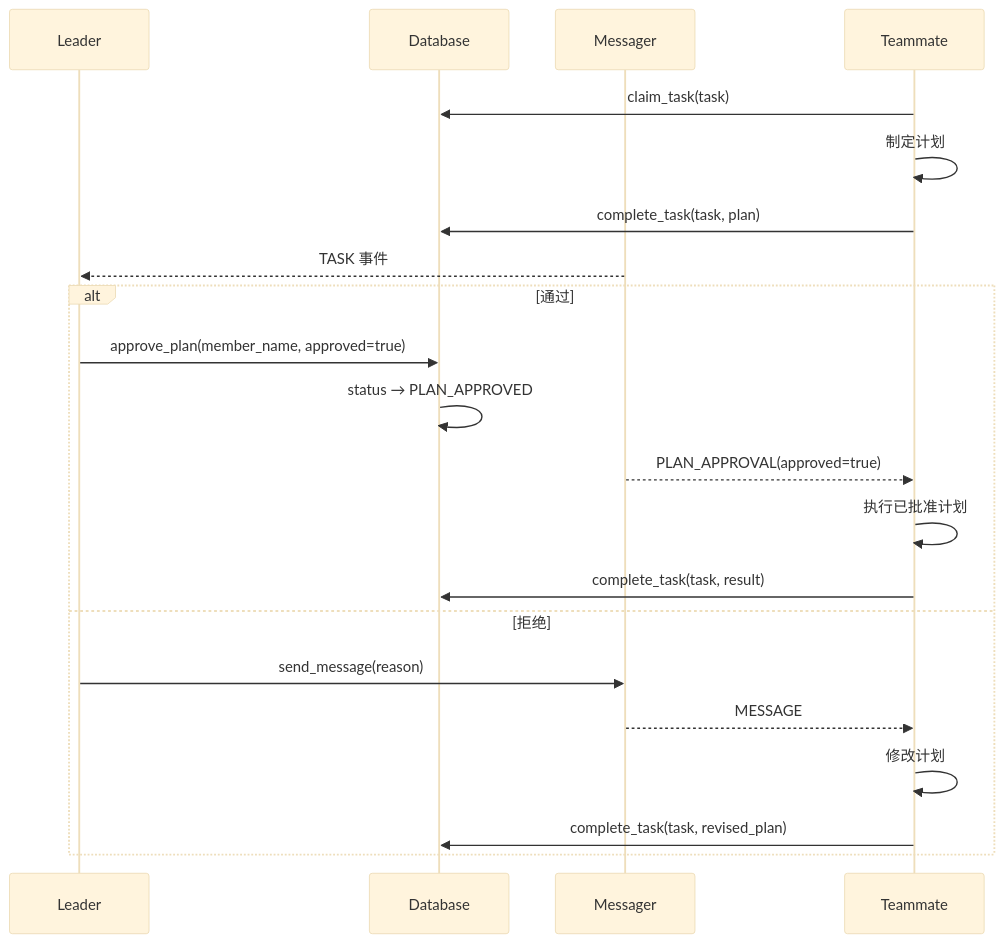
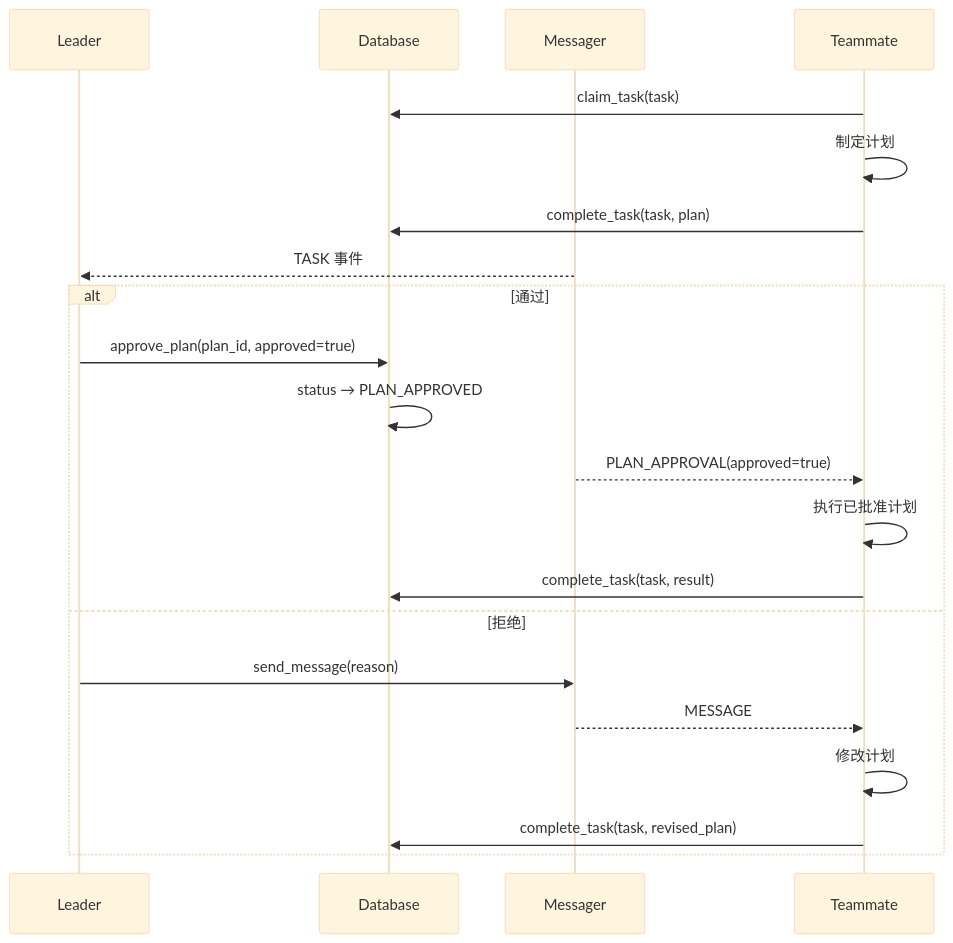
Diagram 11 of 14 in openjiuwen/agent_teams/docs/designs/architecture_cn.md (michaelatamuk/openjiuwen-agent-core), drawn with Mermaid (base theme) before and after one commit. The commit also changed 30 other files, not shown here.

````diff
--- a/openjiuwen/agent_teams/docs/designs/architecture_cn.md
+++ b/openjiuwen/agent_teams/docs/designs/architecture_cn.md
@@ -1219,25 +1219,25 @@
 ```mermaid
 sequenceDiagram
     participant L as Leader
     participant DB as Database
     participant Bus as Messager
     participant T as Teammate
 
     T->>DB: claim_task(task)
     T->>T: 制定计划
     T->>DB: complete_task(task, plan)  # plan_mode → status=CLAIMED 待审批
     Bus-->>L: TASK 事件
 
     alt 通过
-        L->>DB: approve_plan(member_name, approved=true)
+        L->>DB: approve_plan(plan_id, approved=true)
         DB->>DB: status → PLAN_APPROVED
         Bus-->>T: PLAN_APPROVAL(approved=true)
         T->>T: 执行已批准计划
         T->>DB: complete_task(task, result)
     else 拒绝
         L->>Bus: send_message(reason)
         Bus-->>T: MESSAGE
         T->>T: 修改计划
         T->>DB: complete_task(task, revised_plan)
     end
 ```
````
